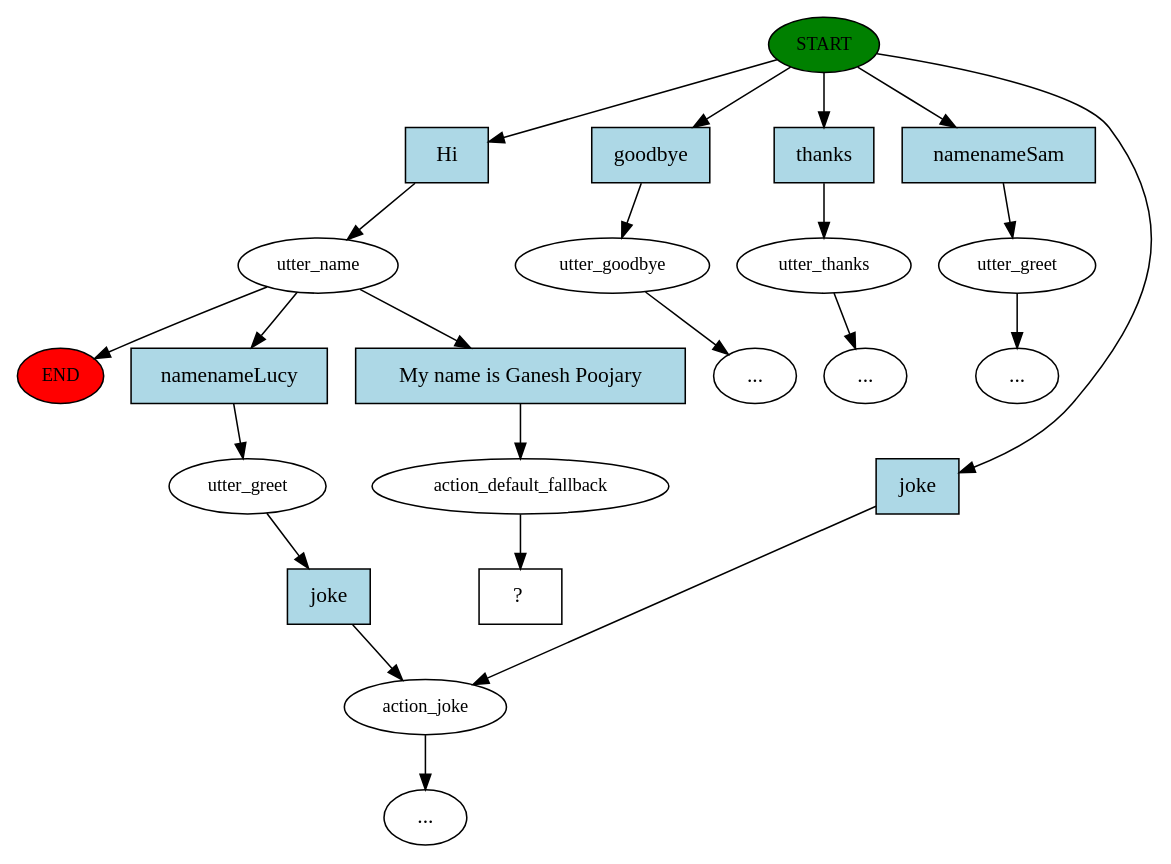
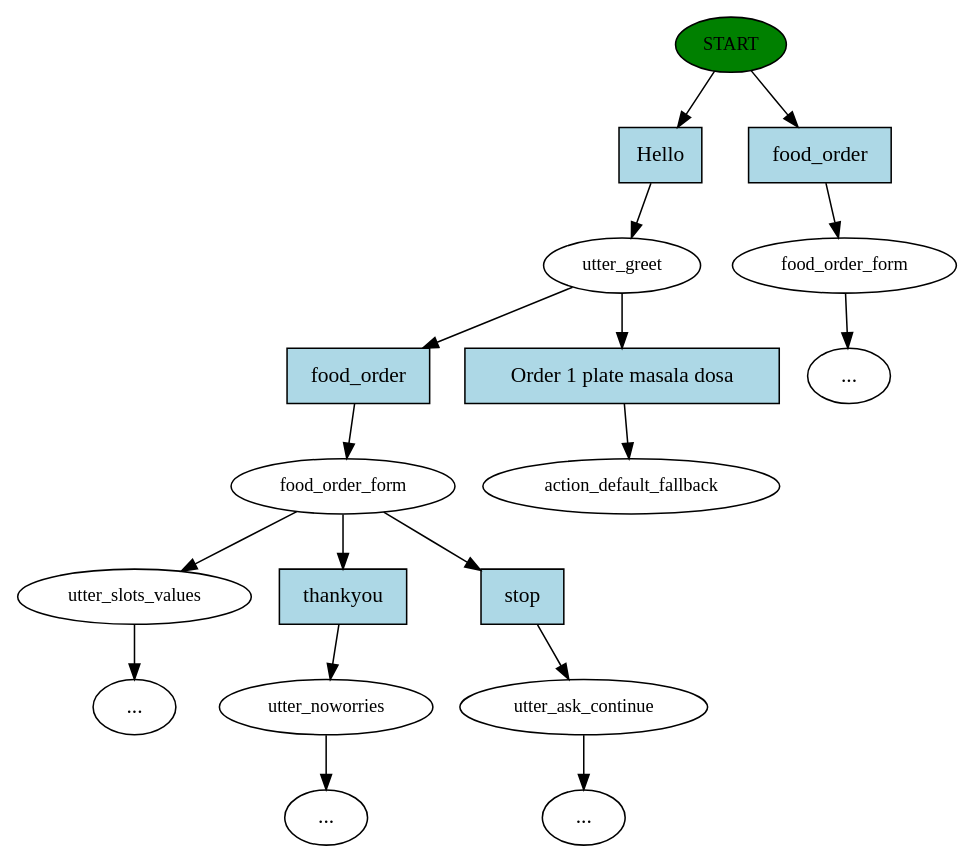
One commit to ganesh-4212/food-assistant changed the diagram in rasa_assistant/story_graph.dot. Above: the diagram before and after it, drawn with Graphviz. The commit also changed 31 other files, not shown here.

Commit message:
Added form action (has some bug in slot setting)

```diff
--- a/rasa_assistant/story_graph.dot
+++ b/rasa_assistant/story_graph.dot
@@ -1,46 +1,37 @@
 digraph  {
 0 [class="start active", fillcolor=green, fontsize=12, label=START, style=filled];
-"-1" [class=end, fillcolor=red, fontsize=12, label=END, style=filled];
-1 [class=active, fontsize=12, label=utter_name];
-2 [class="", fontsize=12, label=utter_goodbye];
+1 [class=active, fontsize=12, label=utter_greet];
+2 [class="", fontsize=12, label=food_order_form];
+3 [class="", fontsize=12, label=utter_slots_values];
 "-3" [class=ellipsis, label="..."];
-3 [class="", fontsize=12, label=utter_thanks];
+6 [class="", fontsize=12, label=utter_noworries];
 "-4" [class=ellipsis, label="..."];
-4 [class="", fontsize=12, label=utter_greet];
-"-5" [class=ellipsis, label="..."];
-5 [class="", fontsize=12, label=action_joke];
-7 [class="", fontsize=12, label=utter_greet];
+9 [class="", fontsize=12, label=utter_ask_continue];
+13 [class="", fontsize=12, label=food_order_form];
 "-7" [class=ellipsis, label="..."];
-10 [class=active, fontsize=12, label=action_default_fallback];
-11 [class="intent dashed active", label="  ?  ", shape=rect];
-12 [class="intent active", fillcolor=lightblue, label=Hi, shape=rect, style=filled];
-13 [class=intent, fillcolor=lightblue, label=goodbye, shape=rect, style=filled];
-14 [class=intent, fillcolor=lightblue, label=thanks, shape=rect, style=filled];
-15 [class=intent, fillcolor=lightblue, label=namenameSam, shape=rect, style=filled];
-16 [class=intent, fillcolor=lightblue, label=joke, shape=rect, style=filled];
-17 [class=intent, fillcolor=lightblue, label=namenameLucy, shape=rect, style=filled];
-18 [class="intent active", fillcolor=lightblue, label="My name is Ganesh Poojary", shape=rect, style=filled];
-19 [class=intent, fillcolor=lightblue, label=joke, shape=rect, style=filled];
-0 -> 12  [class=active, key=0];
-0 -> 13  [class="", key=0];
-0 -> 14  [class="", key=0];
-0 -> 15  [class="", key=0];
-0 -> 16  [class="", key=0];
-1 -> "-1"  [class="", key=NONE, label=""];
-1 -> 17  [class="", key=0];
-1 -> 18  [class=active, key=0];
-2 -> "-3"  [class="", key=NONE, label=""];
-3 -> "-4"  [class="", key=NONE, label=""];
-4 -> "-5"  [class="", key=NONE, label=""];
-5 -> "-7"  [class="", key=NONE, label=""];
-7 -> 19  [class="", key=0];
-10 -> 11  [class=active, key=NONE, label=""];
-12 -> 1  [class=active, key=0];
-13 -> 2  [class="", key=0];
-14 -> 3  [class="", key=0];
-15 -> 4  [class="", key=0];
-16 -> 5  [class="", key=0];
-17 -> 7  [class="", key=0];
-18 -> 10  [class=active, key=0];
-19 -> 5  [class="", key=0];
+"-8" [class=ellipsis, label="..."];
+18 [class="dashed active", fontsize=12, label=action_default_fallback];
+19 [class="intent active", fillcolor=lightblue, label=Hello, shape=rect, style=filled];
+20 [class=intent, fillcolor=lightblue, label=food_order, shape=rect, style=filled];
+21 [class=intent, fillcolor=lightblue, label=food_order, shape=rect, style=filled];
+22 [class="intent active", fillcolor=lightblue, label="Order 1 plate masala dosa", shape=rect, style=filled];
+23 [class=intent, fillcolor=lightblue, label=thankyou, shape=rect, style=filled];
+24 [class=intent, fillcolor=lightblue, label=stop, shape=rect, style=filled];
+0 -> 19  [class=active, key=0];
+0 -> 20  [class="", key=0];
+1 -> 21  [class="", key=0];
+1 -> 22  [class=active, key=0];
+2 -> 3  [class="", key=NONE, label=""];
+2 -> 23  [class="", key=0];
+2 -> 24  [class="", key=0];
+3 -> "-3"  [class="", key=NONE, label=""];
+6 -> "-4"  [class="", key=NONE, label=""];
+9 -> "-8"  [class="", key=NONE, label=""];
+13 -> "-7"  [class="", key=NONE, label=""];
+19 -> 1  [class=active, key=0];
+20 -> 13  [class="", key=0];
+21 -> 2  [class="", key=0];
+22 -> 18  [class=active, key=0];
+23 -> 6  [class="", key=0];
+24 -> 9  [class="", key=0];
 }
```
